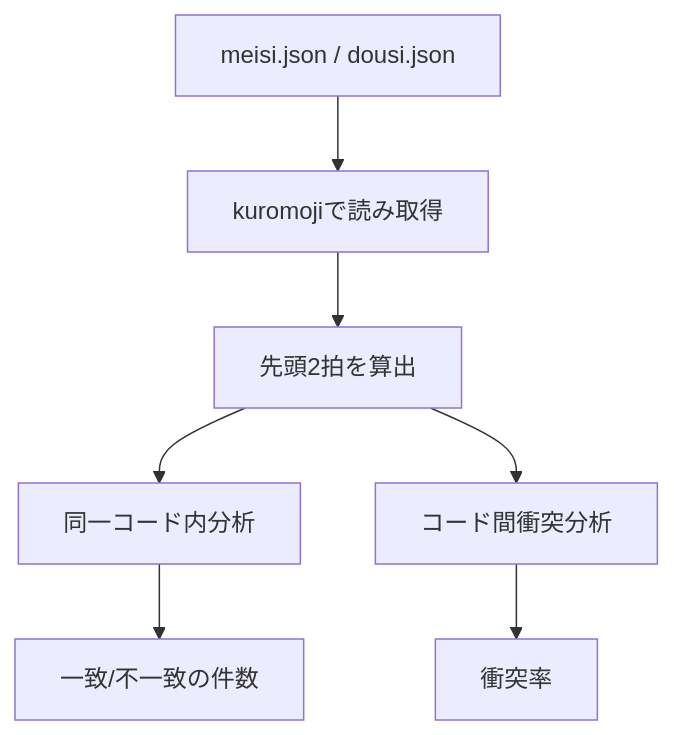
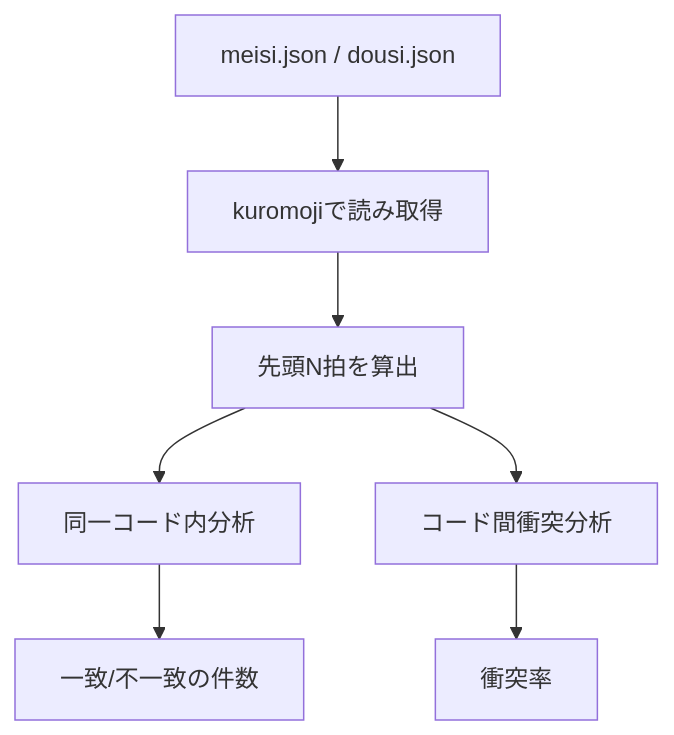
One commit to amanoese/yukichant changed the eighth of 11 diagrams in docs/dictionary-generation.md. Above: the diagram before and after it, drawn with Mermaid. The commit also changed other lines of this file and 3 other files, not shown here.

````diff
--- a/docs/dictionary-generation.md
+++ b/docs/dictionary-generation.md
@@ -334,9 +352,9 @@
 ```mermaid
 flowchart TD
     A[meisi.json / dousi.json] --> B[kuromojiで読み取得]
-    B --> C[先頭2拍を算出]
+    B --> C[先頭N拍を算出]
     C --> D[同一コード内分析]
     C --> E[コード間衝突分析]
     D --> F[一致/不一致の件数]
     E --> G[衝突率]
 ```
````
